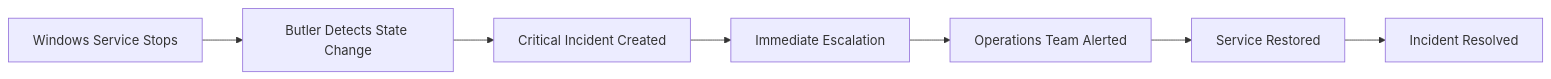
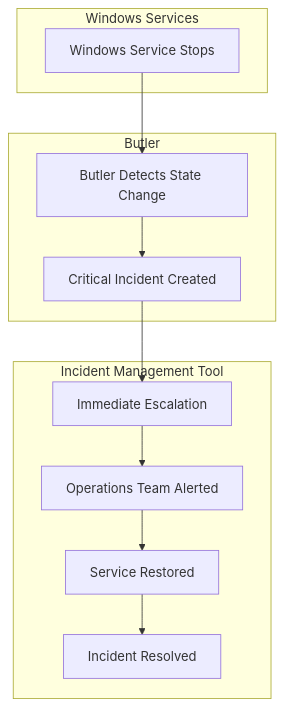
One commit to ptarmiganlabs/butler-docs changed the second of 2 diagrams in vitepress-site/docs/docs/concepts/incident-management/index.md. Above: the diagram before and after it, drawn with Mermaid. The commit also changed other lines of this file and 14 other files, not shown here.

````diff
--- a/vitepress-site/docs/docs/concepts/incident-management/index.md
+++ b/vitepress-site/docs/docs/concepts/incident-management/index.md
@@ -72,9 +89,25 @@
 ```mermaid
-graph LR
-    A[Windows Service Stops] --> B[Butler Detects State Change]
-    B --> C[Critical Incident Created]
-    C --> D[Immediate Escalation]
-    D --> E[Operations Team Alerted]
-    E --> F[Service Restored]
-    F --> G[Incident Resolved]
+graph TD
+    subgraph WS["Windows Services"]
+        A[Windows Service Stops]
+    end
+
+    subgraph Butler["Butler"]
+        B[Butler Detects State Change]
+        C[Critical Incident Created]
+    end
+
+    subgraph IM["Incident Management Tool"]
+        D[Immediate Escalation]
+        E[Operations Team Alerted]
+        F[Service Restored]
+        G[Incident Resolved]
+    end
+
+    A --> B
+    B --> C
+    C --> D
+    D --> E
+    E --> F
+    F --> G
 ```
````
